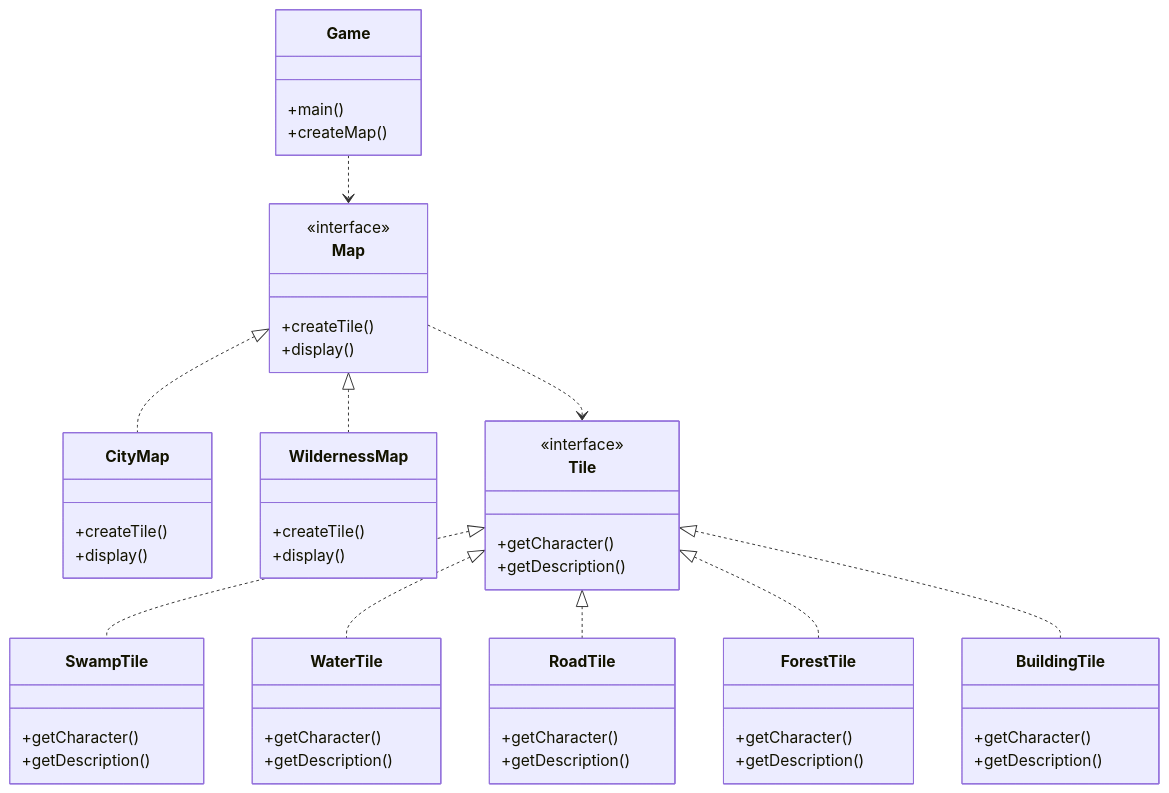
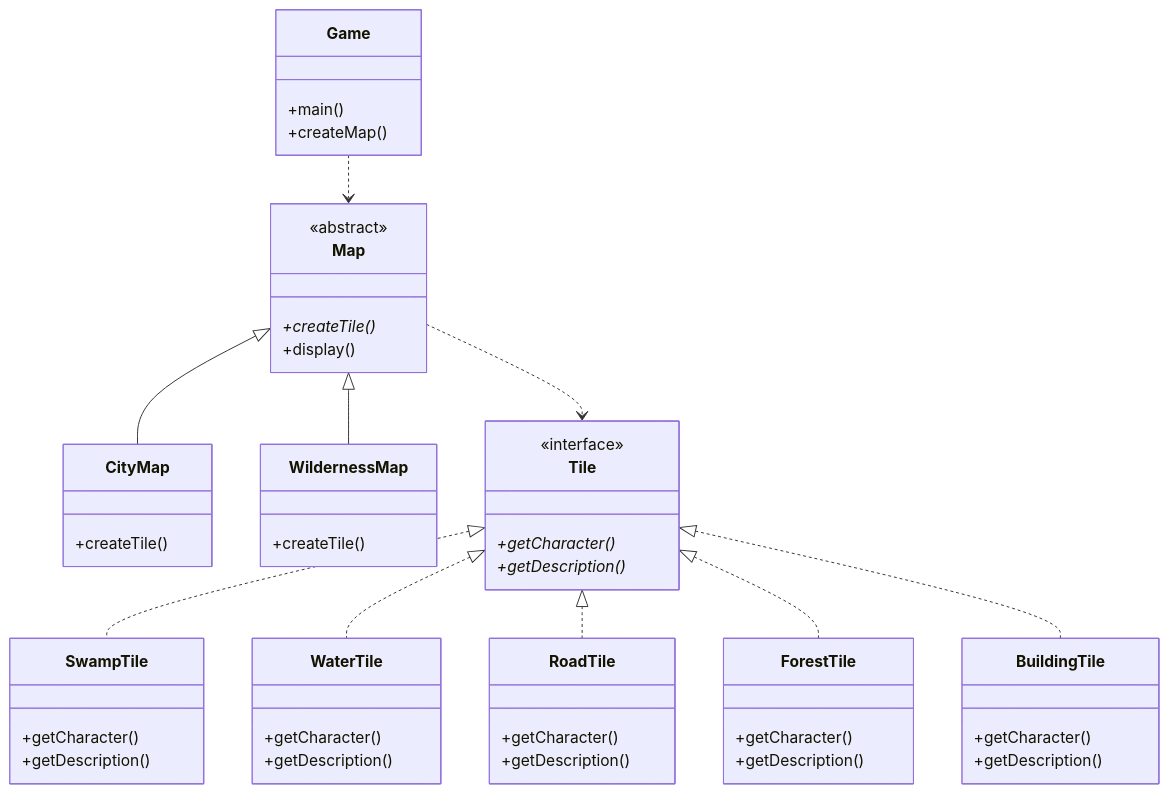
The diagram in markdown/assignments/factory_method.md (vesavvo/design_patterns), drawn with Mermaid before and after one commit. The commit also changed other lines of this file, not shown here.

Commit message:
Change Map from interface to abstract class

````diff
--- a/markdown/assignments/factory_method.md
+++ b/markdown/assignments/factory_method.md
@@ -33,60 +36,58 @@
 ```mermaid
 classDiagram
     class Map {
-        <<interface>>
-        +createTile()
+        <<abstract>>
+        +createTile()*
         +display()
     }
     class CityMap {
         +createTile()
-        +display()
     }
     class WildernessMap {
         +createTile()
-        +display()
     }
     class Tile {
         <<interface>>
-        +getCharacter()
-        +getDescription()
+        +getCharacter()*
+        +getDescription()*
     }
 
     class Game {
         +main()
         +createMap()
     }
     
     class SwampTile {
         +getCharacter()
         +getDescription()
     }
     class WaterTile {
         +getCharacter()
         +getDescription()
     }
     class RoadTile {
         +getCharacter()
         +getDescription()
     }
     class ForestTile {
         +getCharacter()
         +getDescription()
     }
     class BuildingTile {
         +getCharacter()
         +getDescription()
     }
     
-    Map <|.. CityMap
-    Map <|.. WildernessMap
+    Map <|-- CityMap
+    Map <|-- WildernessMap
     
     Tile <|.. SwampTile
     Tile <|.. WaterTile
     Tile <|.. RoadTile
     Tile <|.. ForestTile
     Tile <|.. BuildingTile
     
     Game ..> Map
     Map ..> Tile
     
 ```
````
